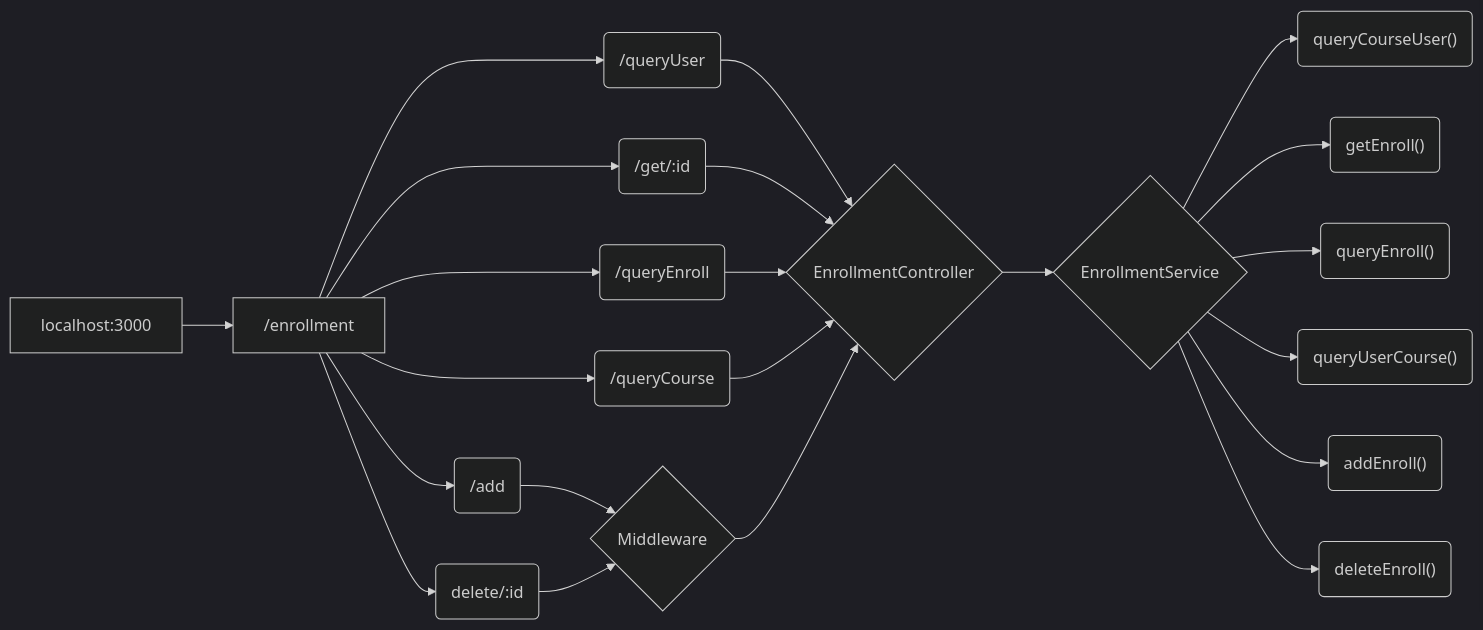
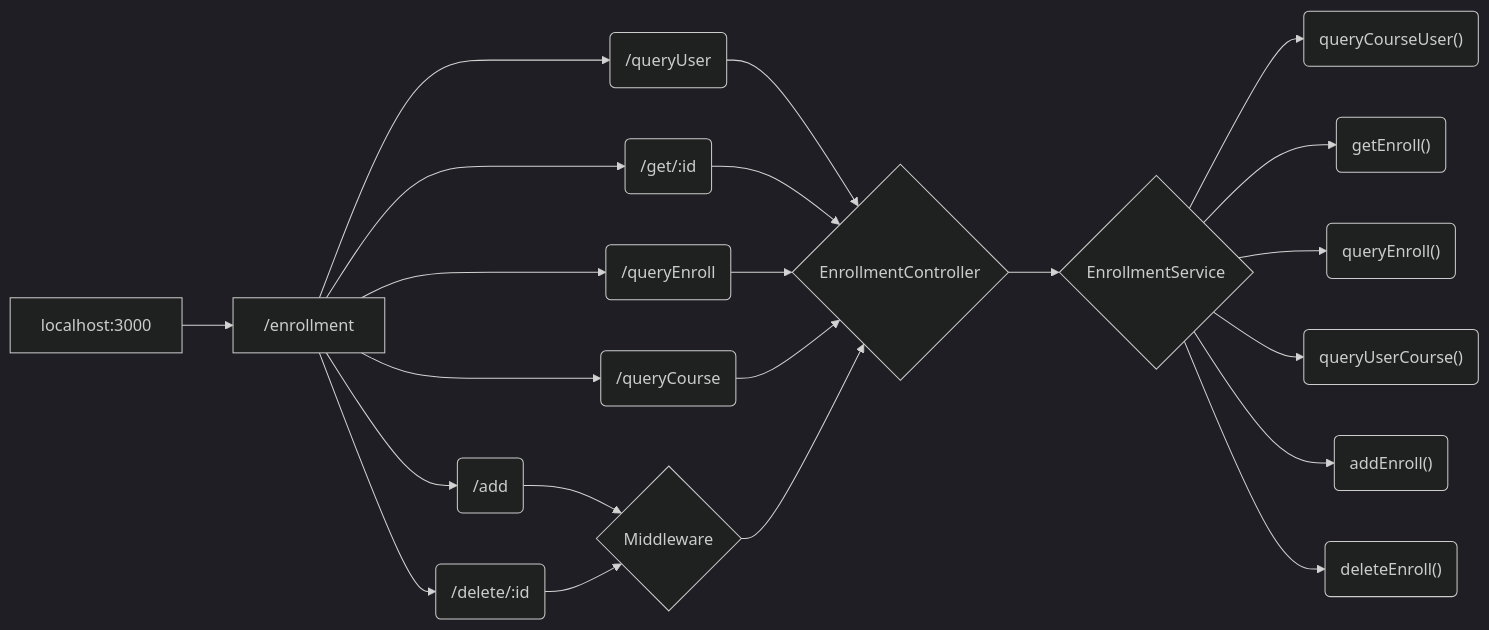
The second of 3 diagrams in README.md (JTKiew/NTUCool-Interview-), drawn with Mermaid (dark theme) before and after one commit. The commit also changed other lines of this file and 2 other files, not shown here.

````diff
--- a/README.md
+++ b/README.md
@@ -136,28 +139,28 @@
 ```mermaid
 graph LR
     A[localhost:3000] --> C(/enrollment)
     C["/enrollment"] --> J(/queryUser)
     C["/enrollment"] --> K(/add)
     C["/enrollment"] --> L(/delete/:id)
     C["/enrollment"] --> M(/get/:id)
     C["/enrollment"] --> N(/queryEnroll)
     C["/enrollment"] --> O(/queryCourse)
 
     J(/queryUser)   --> P{EnrollmentController}
     M(/get/:id)     --> P{EnrollmentController}
     N(/queryEnroll) --> P{EnrollmentController}
     O(/queryCourse) --> P{EnrollmentController}
     
     K(/add) --> Z{Middleware}
-    L(delete/:id) --> Z{Middleware}
+    L(/delete/:id) --> Z{Middleware}
     
     Z{Middleware} --> P{EnrollmentController}
     P{EnrollmentController} --> R{EnrollmentService}
 
     R{EnrollmentService} --> S("queryCourseUser()")
     R{EnrollmentService} --> V("getEnroll()")
     R{EnrollmentService} --> W("queryEnroll()")
     R{EnrollmentService} --> X("queryUserCourse()")
     R{EnrollmentService} --> T("addEnroll()")
     R{EnrollmentService} --> U("deleteEnroll()")
 ```
````
